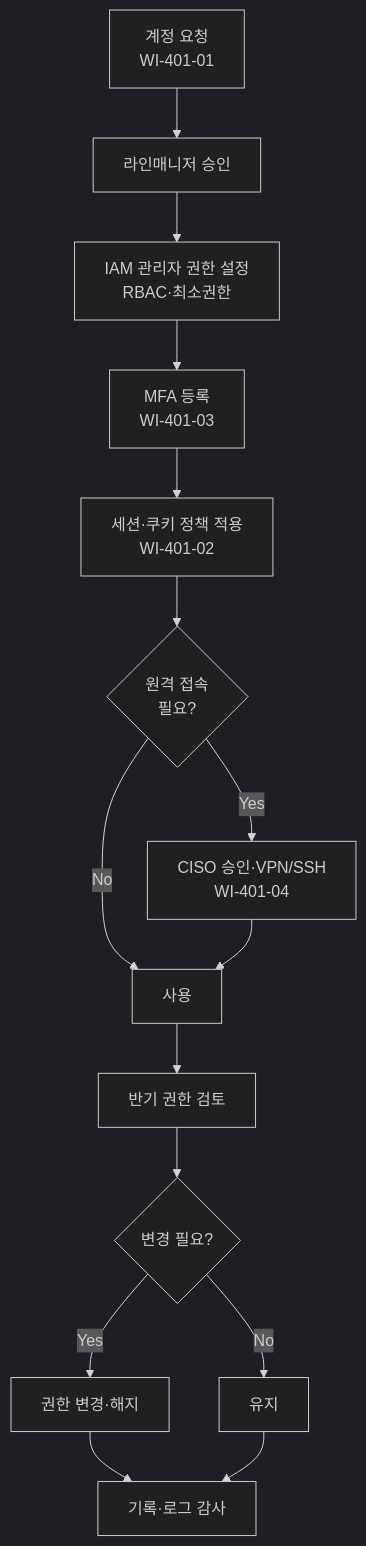
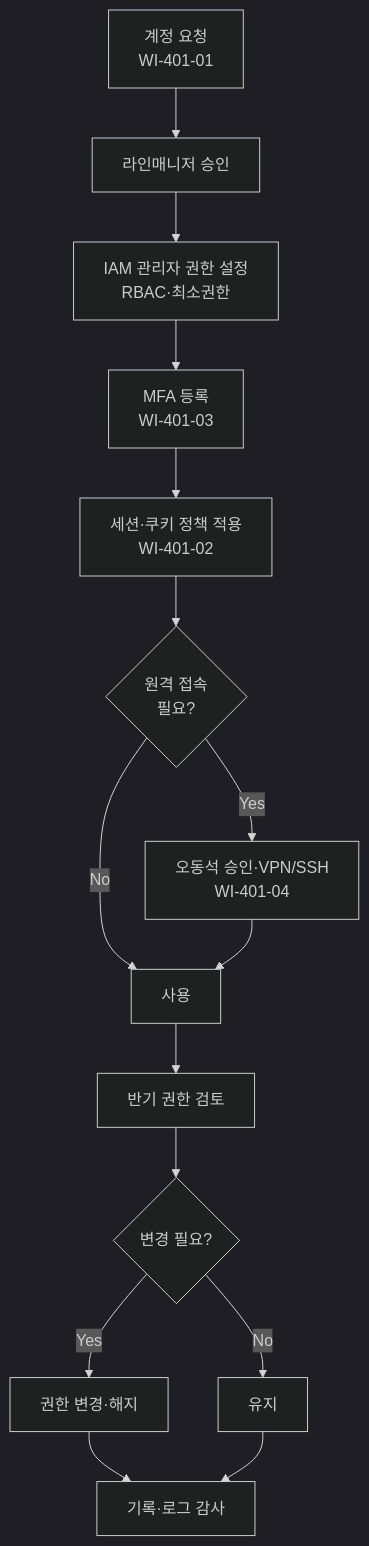
The diagram in vault/04_PRO_절차/PRO-MDCS-401_접근통제_및_인증_관리_절차_v1.0.md (Processware-AI/2026_SaMD_CSMS), drawn with Mermaid (dark theme) before and after one commit. The commit also changed other lines of this file and 161 other files, not shown here.

````diff
--- a/vault/04_PRO_절차/PRO-MDCS-401_접근통제_및_인증_관리_절차_v1.0.md
+++ b/vault/04_PRO_절차/PRO-MDCS-401_접근통제_및_인증_관리_절차_v1.0.md
@@ -55,17 +55,17 @@
 ```mermaid
 flowchart TD
   A[계정 요청<br/>WI-401-01] --> B[라인매니저 승인]
   B --> C[IAM 관리자 권한 설정<br/>RBAC·최소권한]
   C --> D[MFA 등록<br/>WI-401-03]
   D --> E[세션·쿠키 정책 적용<br/>WI-401-02]
   E --> F{원격 접속<br/>필요?}
-  F -->|Yes| G[CISO 승인·VPN/SSH<br/>WI-401-04]
+  F -->|Yes| G[오동석 승인·VPN/SSH<br/>WI-401-04]
   F -->|No| H[사용]
   G --> H
   H --> I[반기 권한 검토]
   I --> J{변경 필요?}
   J -->|Yes| K[권한 변경·해지]
   J -->|No| L[유지]
   K --> M[기록·로그 감사]
   L --> M
 ```
````
